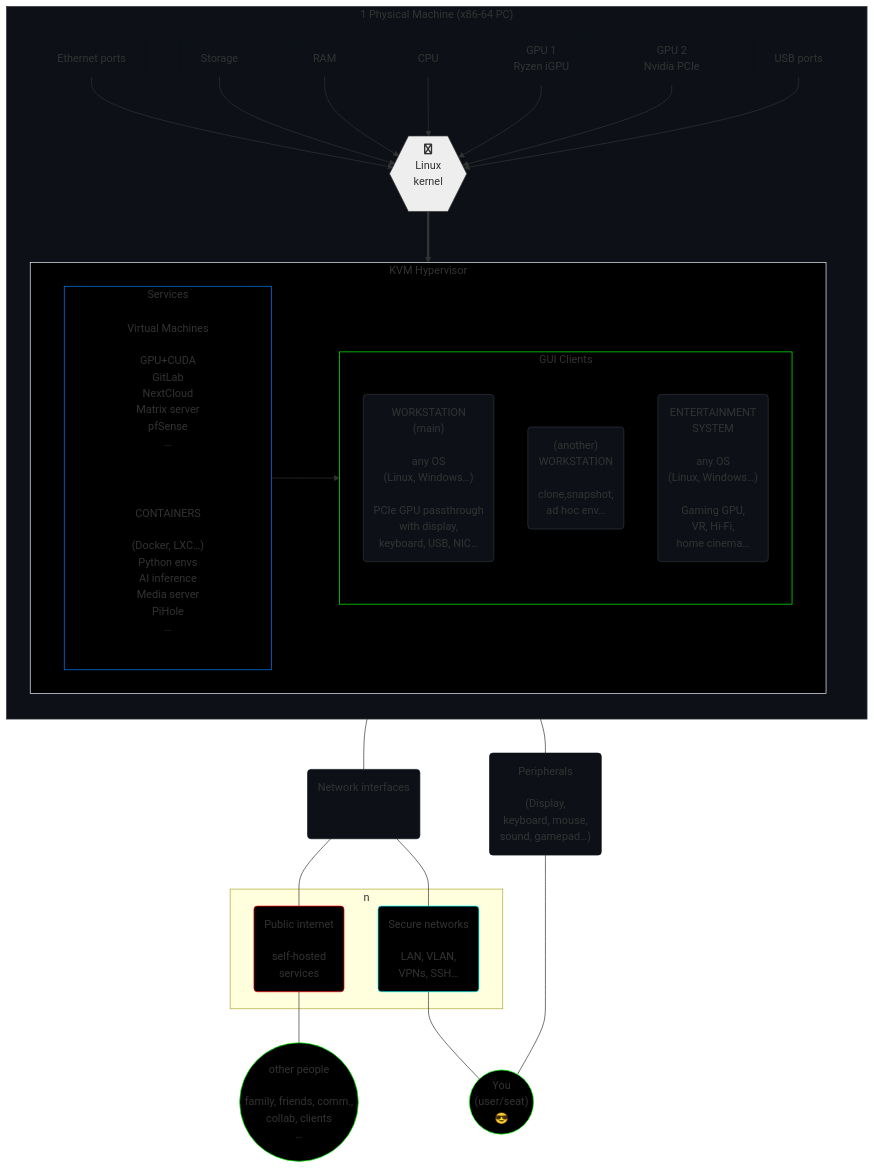
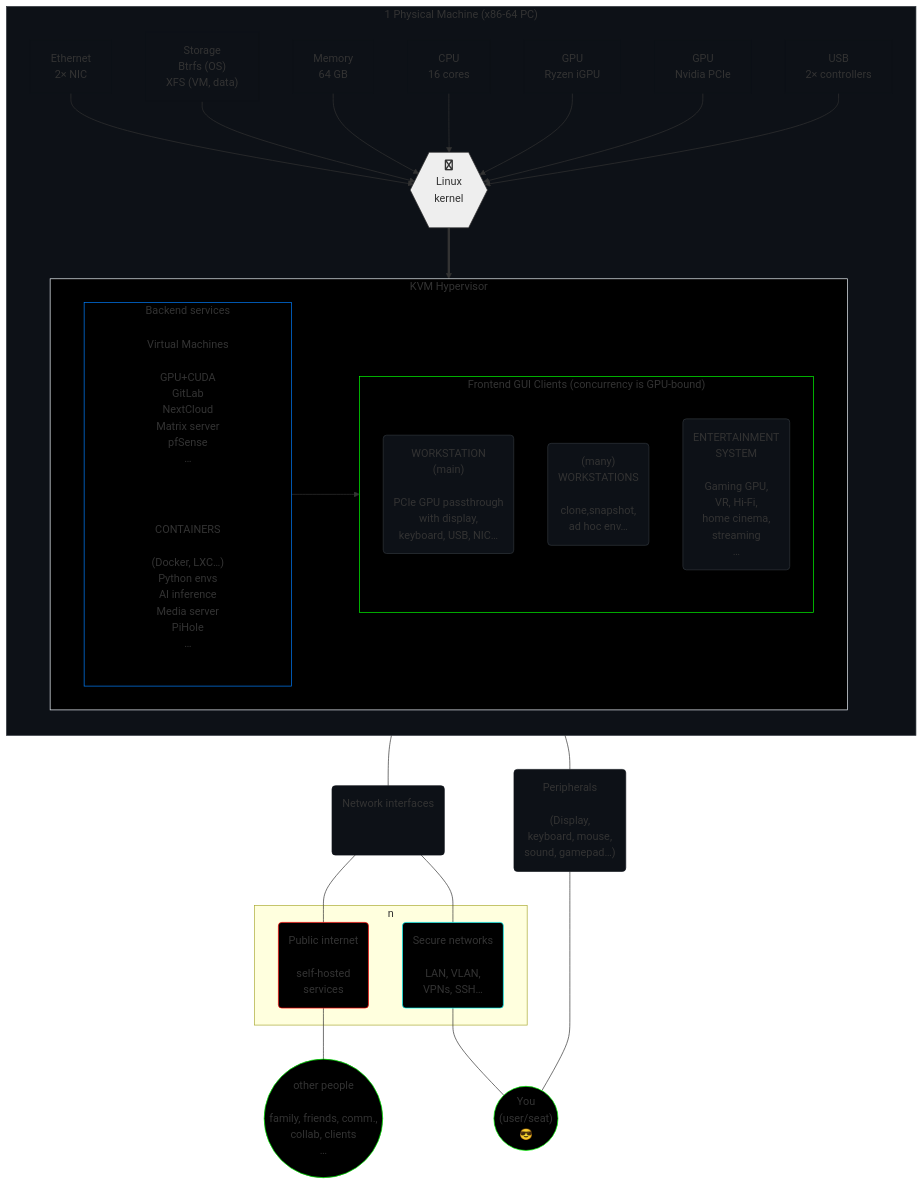
Before and after one commit to agenkit/GHost: the diagram in README.md, drawn with Mermaid. The commit also changed other lines of this file, not shown here.

```diff
--- a/README.md
+++ b/README.md
@@ -26,13 +26,13 @@
    subgraph p["1 Physical Machine (x86-64 PC)"]
       direction TB
 
-      pnet["Ethernet ports"] --> h
-      pstor["Storage<br>"] --> h
-      pmem["RAM<br>"] --> h
-      pcpu["CPU<br>"] --> h
-      pgpu1["GPU 1<br>Ryzen iGPU"] --> h
-      pgpu2["GPU 2<br>Nvidia PCIe"] --> h
-      pusb["USB ports"] --> h
+      pnet["Ethernet<br>2× NIC"] --> h
+      pstor["Storage<br>Btrfs (OS)<br>XFS (VM, data)"] --> h
+      pmem["Memory<br>64 GB"] --> h
+      pcpu["CPU<br>16 cores"] --> h
+      pgpu1["GPU<br>Ryzen iGPU"] --> h
+      pgpu2["GPU<br>Nvidia PCIe"] --> h
+      pusb["USB<br>2× controllers"] --> h
       h{{"fa:fa-linux<br>Linux<br>kernel<br><br>"}}
 
       h ==> v
@@ -40,19 +40,21 @@
       subgraph v["KVM Hypervisor"]
          direction LR
 
-         subgraph s["Services"]
+         subgraph s["Backend services"]
             direction LR
             vsrv["Virtual Machines<br><br>GPU+CUDA<br>GitLab<br>NextCloud<br>Matrix server<br>pfSense<br>…"]
             cont["CONTAINERS<br><br>(Docker, LXC…)<br>Python envs<br>AI inference<br>Media server<br>PiHole<br>…"]
          end
 
-         subgraph g["GUI Clients"]
+         subgraph g["Frontend GUI Clients (concurrency is GPU-bound)"]
             direction TB
-         gw("WORKSTATION<br>(main)<br><br>any OS<br>(Linux, Windows…)<br><br>PCIe GPU passthrough<br>with display,<br>keyboard, USB, NIC…")
-         gn("(another)<br>WORKSTATION<br><br>clone,snapshot,<br>ad hoc env…")
-         gg("ENTERTAINMENT<br>SYSTEM<br><br>any OS<br>(Linux, Windows…)<br><br>Gaming GPU,<br>VR, Hi-Fi, <br>home cinema…")
+         gw("WORKSTATION<br>(main)<br><br>PCIe GPU passthrough<br>with display,<br>keyboard, USB, NIC…")
+         gn("(many)<br>WORKSTATIONS<br><br>clone,snapshot,<br>ad hoc env…")
+         gg("ENTERTAINMENT<br>SYSTEM<br><br>Gaming GPU,<br>VR, Hi-Fi, <br>home cinema,<br>streaming<br>…")
          end
+
          s --> g
+
       end
    end
 
```
